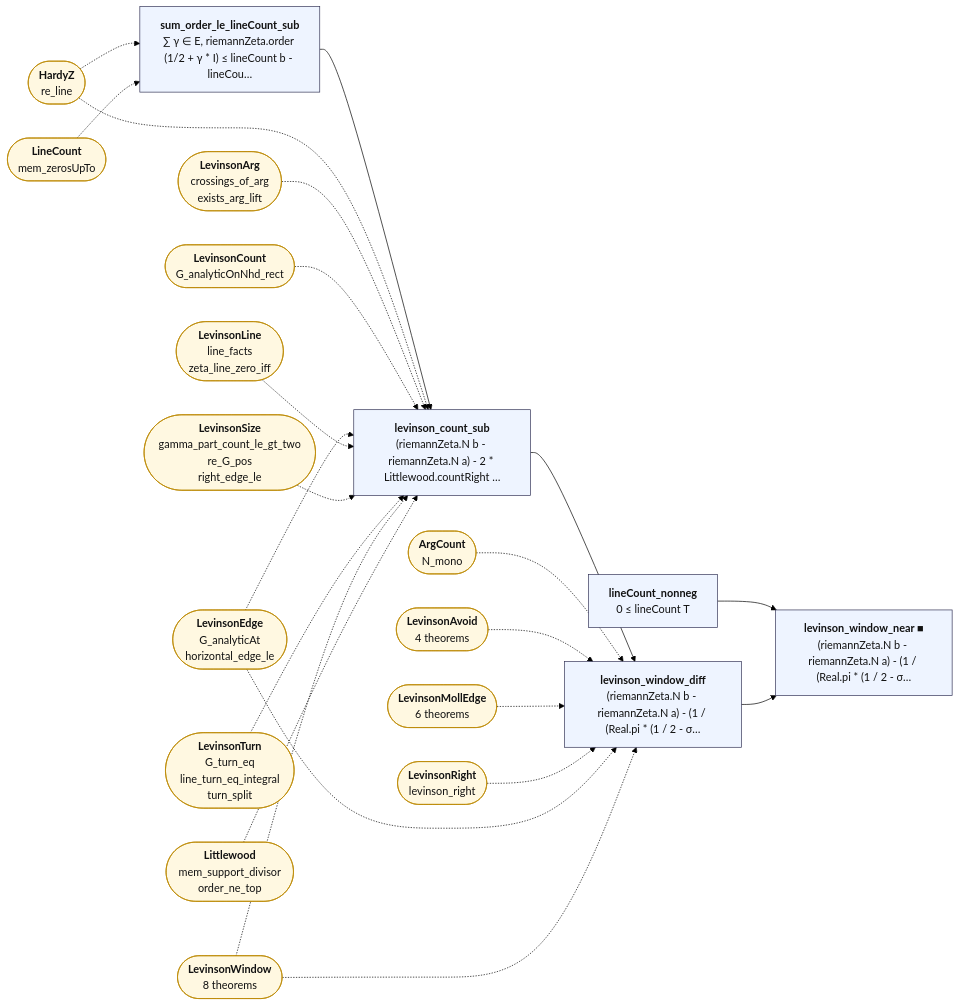
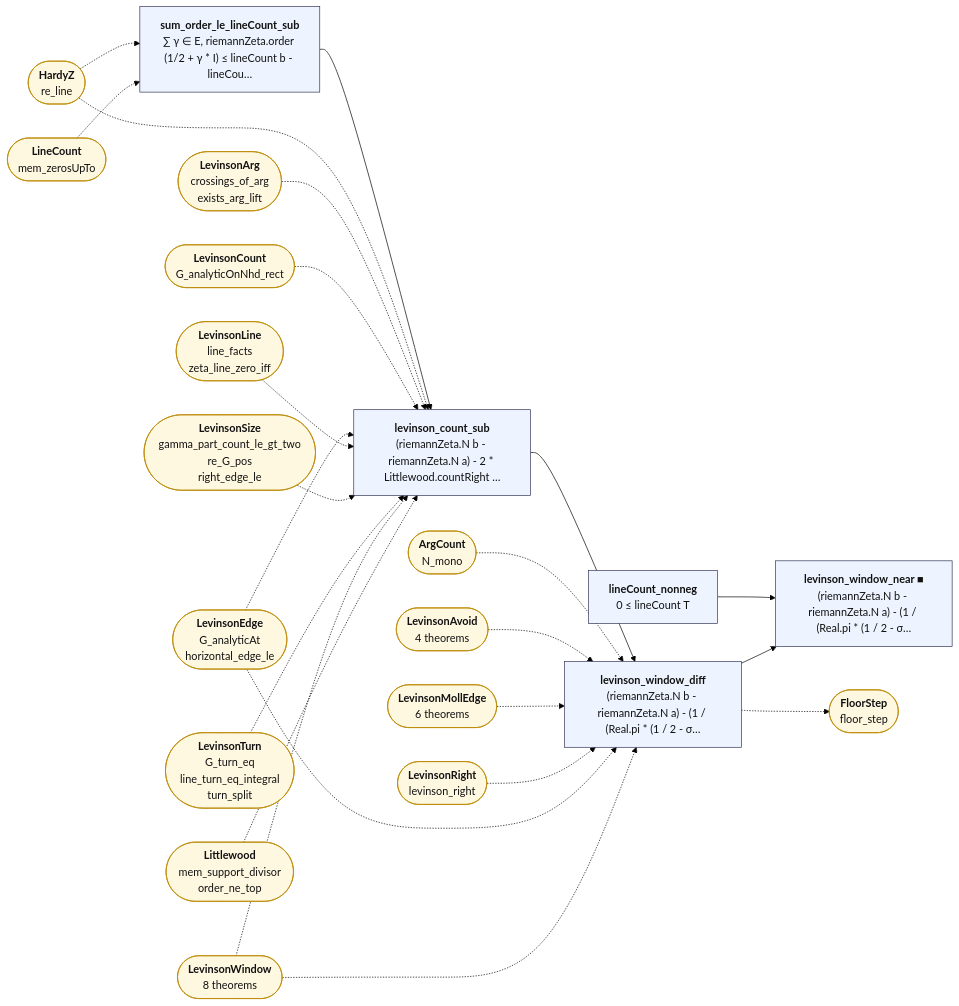
The diagram in map/lean_stage3/LevinsonWindowNear.mmd (juliansambranojr/Primebeat_081426), drawn with Mermaid (forest theme) before and after one commit. The commit also changed 31 other files, not shown here.

```diff
--- a/map/lean_stage3/LevinsonWindowNear.mmd
+++ b/map/lean_stage3/LevinsonWindowNear.mmd
@@ -1,49 +1,51 @@
 flowchart LR
   n0["<b>sum_order_le_lineCount_sub</b><br/>∑ γ ∈ E, riemannZeta.order (1/2 + γ * I) ≤ lineCount b - lineCou…"]:::thm
   n1["<b>lineCount_nonneg</b><br/>0 ≤ lineCount T"]:::thm
   n2["<b>levinson_count_sub</b><br/>(riemannZeta.N b - riemannZeta.N a) - 2 * Littlewood.countRight …"]:::thm
   n3["<b>levinson_window_diff</b><br/>(riemannZeta.N b - riemannZeta.N a) - (1 / (Real.pi * (1 / 2 - σ…"]:::thm
   n4["<b>levinson_window_near ■</b><br/>(riemannZeta.N b - riemannZeta.N a) - (1 / (Real.pi * (1 / 2 - σ…"]:::thm
   x0(["<b>HardyZ</b><br/>re_line"]):::ext
   x1(["<b>LineCount</b><br/>mem_zerosUpTo"]):::ext
   x2(["<b>LevinsonArg</b><br/>crossings_of_arg<br/>exists_arg_lift"]):::ext
   x3(["<b>LevinsonCount</b><br/>G_analyticOnNhd_rect"]):::ext
   x4(["<b>LevinsonEdge</b><br/>G_analyticAt<br/>horizontal_edge_le"]):::ext
   x5(["<b>LevinsonLine</b><br/>line_facts<br/>zeta_line_zero_iff"]):::ext
   x6(["<b>LevinsonSize</b><br/>gamma_part_count_le_gt_two<br/>re_G_pos<br/>right_edge_le"]):::ext
   x7(["<b>LevinsonTurn</b><br/>G_turn_eq<br/>line_turn_eq_integral<br/>turn_split"]):::ext
   x8(["<b>LevinsonWindow</b><br/>8 theorems"]):::ext
   x9(["<b>Littlewood</b><br/>mem_support_divisor<br/>order_ne_top"]):::ext
   x10(["<b>ArgCount</b><br/>N_mono"]):::ext
   x11(["<b>LevinsonAvoid</b><br/>4 theorems"]):::ext
   x12(["<b>LevinsonMollEdge</b><br/>6 theorems"]):::ext
   x13(["<b>LevinsonRight</b><br/>levinson_right"]):::ext
+  x14(["<b>FloorStep</b><br/>floor_step"]):::ext
   n0 --> n2
   n1 --> n4
   n2 --> n3
   n3 --> n4
+  n3 -.-> x14
   x0 -.-> n0
   x0 -.-> n2
   x1 -.-> n0
   x10 -.-> n3
   x11 -.-> n3
   x12 -.-> n3
   x13 -.-> n3
   x2 -.-> n2
   x3 -.-> n2
   x4 -.-> n2
   x4 -.-> n3
   x5 -.-> n2
   x6 -.-> n2
   x7 -.-> n2
   x8 -.-> n2
   x8 -.-> n3
   x9 -.-> n2
   classDef cnt fill:#dff5ec,stroke:#17694a,color:#111
   classDef shp fill:#f1ecfb,stroke:#5b3fa0,color:#111
   classDef rh fill:#ffe5e5,stroke:#c22,color:#111,stroke-width:2px
   classDef thm fill:#eef4ff,stroke:#335,color:#111
   classDef end_ fill:#e7f7e7,stroke:#2a7,color:#111,stroke-width:2px
   classDef lone fill:#fff,stroke:#999,color:#111,stroke-dasharray:4 3
   classDef bad fill:#ffe5e5,stroke:#c22,color:#111,stroke-width:2px
   classDef ext fill:#fff8e1,stroke:#b80,color:#111
```
